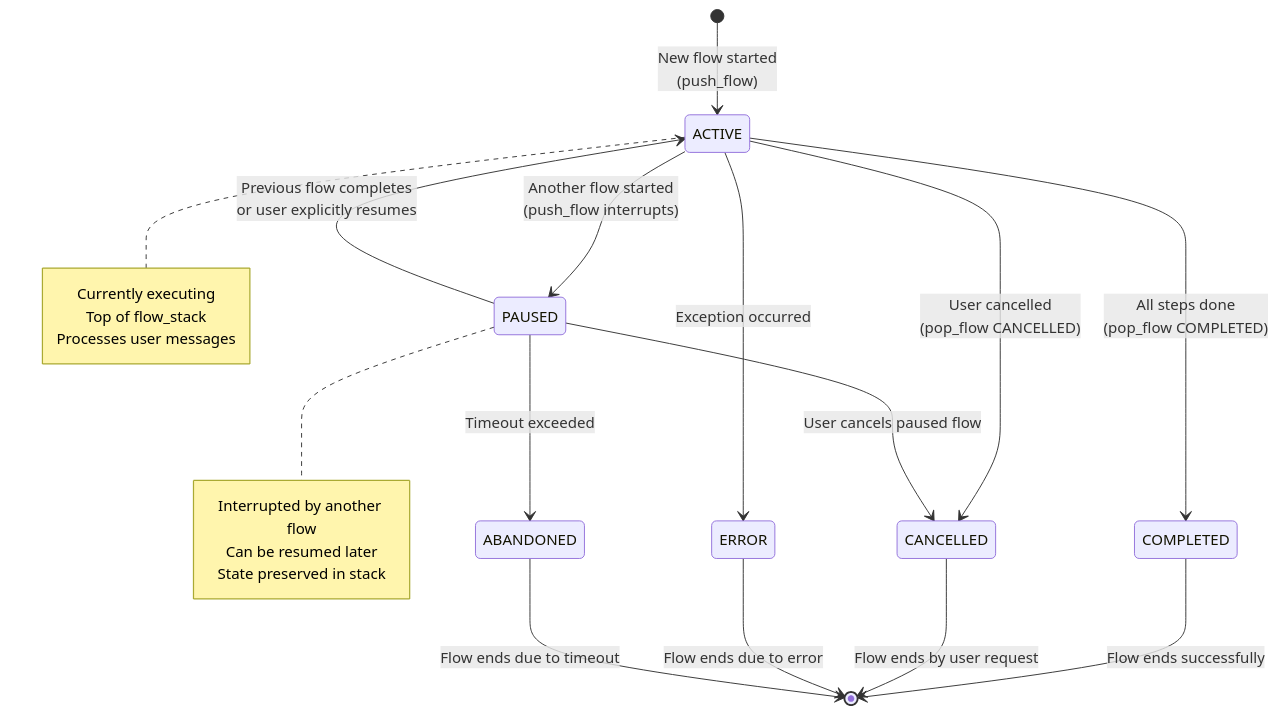
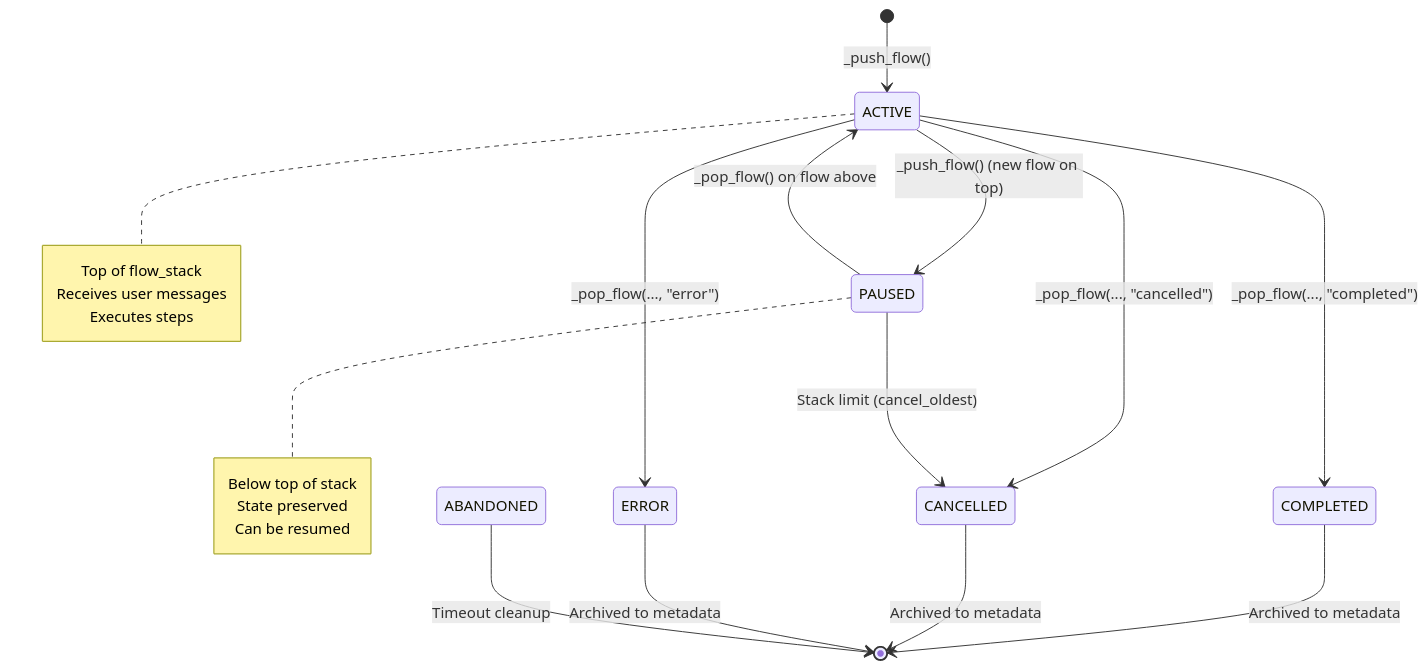
Before and after one commit to jmorenobl/soni: the second of 2 diagrams in docs/design/04-state-machine.md, drawn with Mermaid. The commit also changed other lines of this file and 8 other files, not shown here.

````diff
--- a/docs/design/04-state-machine.md
+++ b/docs/design/04-state-machine.md
@@ -210,30 +319,29 @@
 ```mermaid
 stateDiagram-v2
-    [*] --> ACTIVE: New flow started<br/>(push_flow)
+    [*] --> ACTIVE: _push_flow()
 
-    ACTIVE --> PAUSED: Another flow started<br/>(push_flow interrupts)
-    ACTIVE --> COMPLETED: All steps done<br/>(pop_flow COMPLETED)
-    ACTIVE --> CANCELLED: User cancelled<br/>(pop_flow CANCELLED)
-    ACTIVE --> ERROR: Exception occurred
+    ACTIVE --> PAUSED: _push_flow() (new flow on top)
+    ACTIVE --> COMPLETED: _pop_flow(..., "completed")
+    ACTIVE --> CANCELLED: _pop_flow(..., "cancelled")
+    ACTIVE --> ERROR: _pop_flow(..., "error")
 
-    PAUSED --> ACTIVE: Previous flow completes<br/>or user explicitly resumes
-    PAUSED --> CANCELLED: User cancels paused flow
-    PAUSED --> ABANDONED: Timeout exceeded
+    PAUSED --> ACTIVE: _pop_flow() on flow above
+    PAUSED --> CANCELLED: Stack limit (cancel_oldest)
 
-    COMPLETED --> [*]: Flow ends successfully
-    CANCELLED --> [*]: Flow ends by user request
-    ERROR --> [*]: Flow ends due to error
-    ABANDONED --> [*]: Flow ends due to timeout
+    COMPLETED --> [*]: Archived to metadata
+    CANCELLED --> [*]: Archived to metadata
+    ERROR --> [*]: Archived to metadata
+    ABANDONED --> [*]: Timeout cleanup
 
     note right of ACTIVE
-        Currently executing
         Top of flow_stack
-        Processes user messages
+        Receives user messages
+        Executes steps
     end note
 
     note right of PAUSED
-        Interrupted by another flow
-        Can be resumed later
-        State preserved in stack
+        Below top of stack
+        State preserved
+        Can be resumed
     end note
 ```
````
